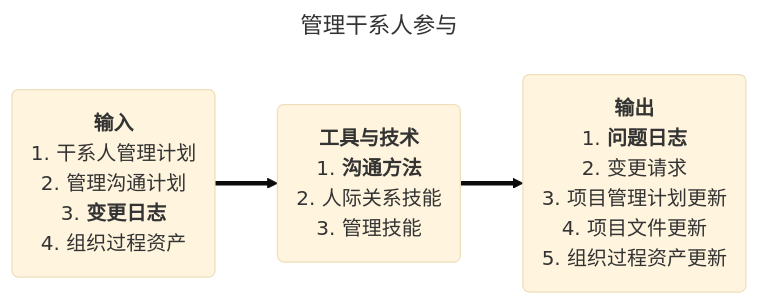
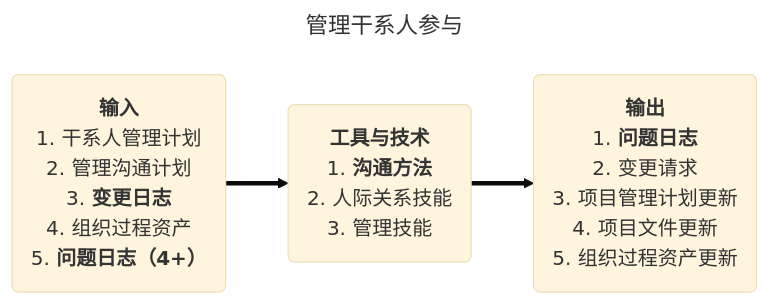
The tenth of 15 diagrams in 高项/项目管理知识-2.md (Zheng-Kun/zk-repository), drawn with Mermaid (base theme) before and after one commit. The commit also changed other lines of this file, not shown here.

````diff
--- a/高项/项目管理知识-2.md
+++ b/高项/项目管理知识-2.md
@@ -787,30 +791,31 @@
 ```mermaid
 ---
 title: 管理干系人参与
 ---
 flowchart LR
 	in("
 		<b>输入</b>
 		1. 干系人管理计划
 		2. 管理沟通计划
 		3. <b>变更日志</b>
 		4. 组织过程资产
+		5. <b>问题日志（4+）</b>
 	")
 	==>
 	center("
 		<b>工具与技术</b>
 		1. <b>沟通方法</b>
 		2. 人际关系技能
 		3. 管理技能
 	")
 	==>
 	out("
 		<b>输出</b>
 		1. <b>问题日志</b>
 		2. 变更请求
 		3. 项目管理计划更新
 		4. 项目文件更新
 		5. 组织过程资产更新
 	")
 	
 ```
````
